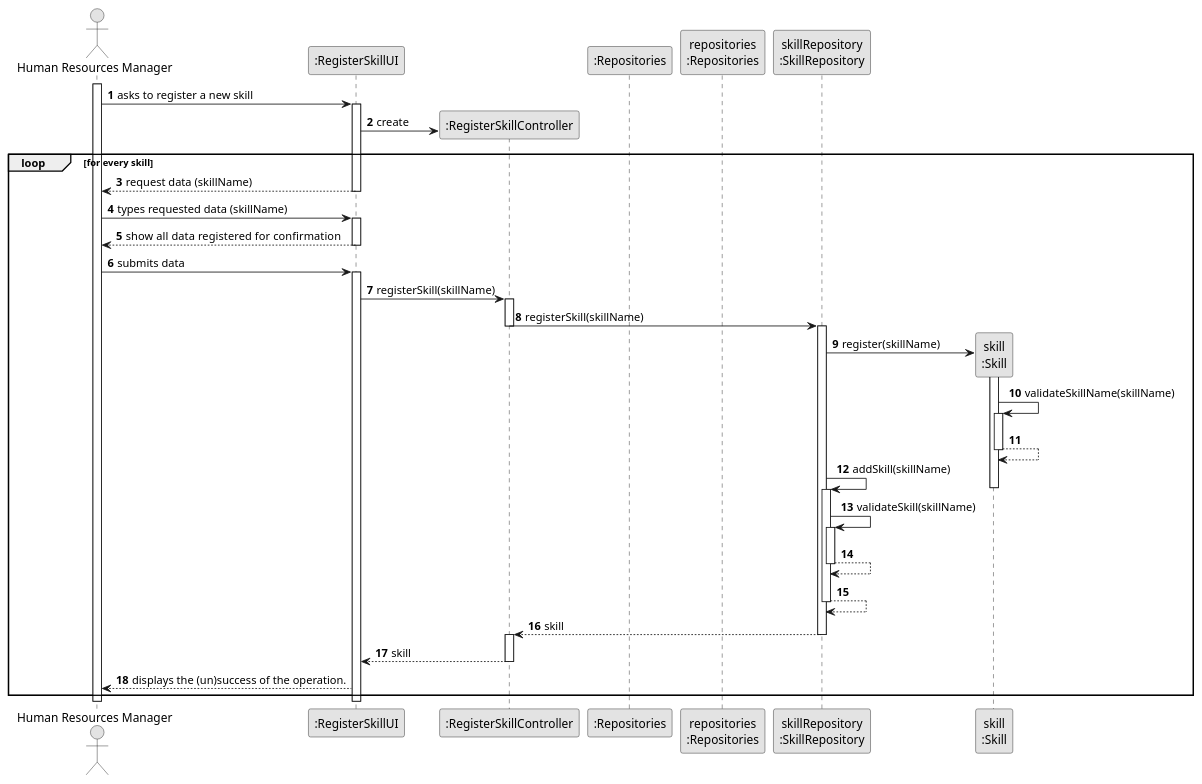
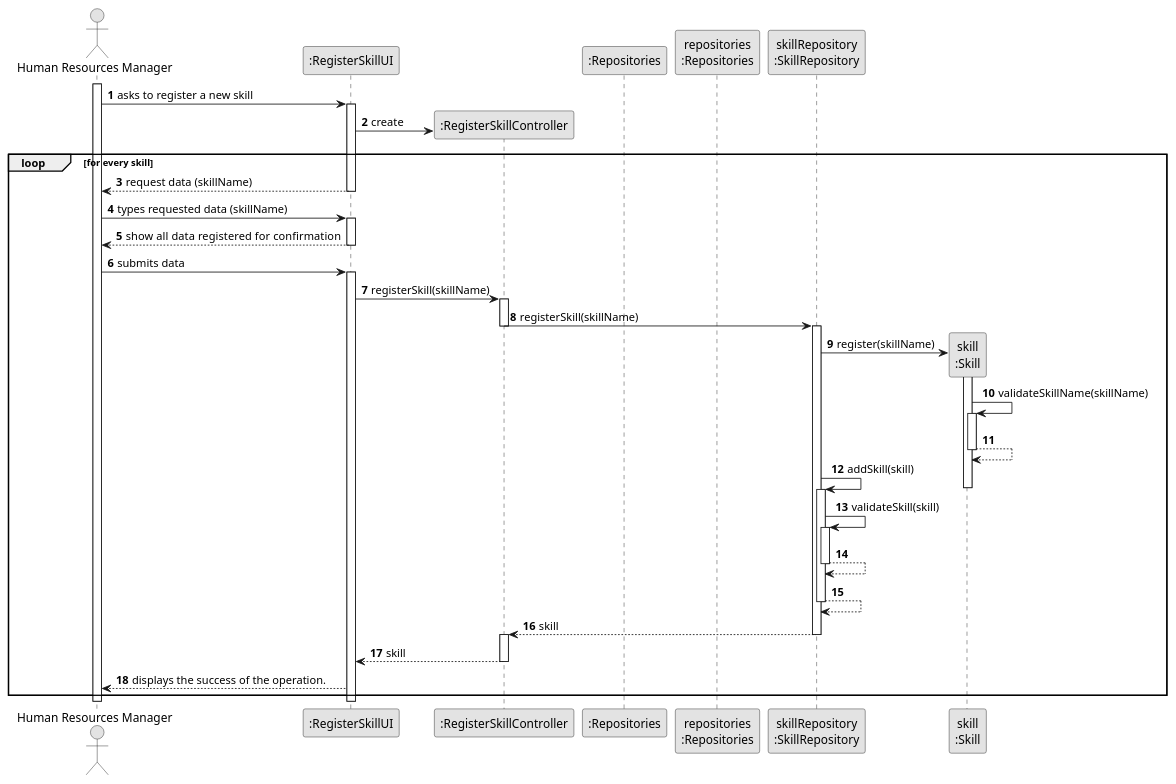
One commit to SAEmanuel/Green_Spaces_Management_ISEP changed the diagram in docs/sprintB/us001/03.design/puml/us001-sequence-diagram-full.puml. Above: the diagram before and after it, drawn with PlantUML. The commit also changed 5 other files, not shown here.

```diff
--- a/docs/sprintB/us001/03.design/puml/us001-sequence-diagram-full.puml
+++ b/docs/sprintB/us001/03.design/puml/us001-sequence-diagram-full.puml
@@ -1,115 +1,107 @@
 @startuml
 skinparam monochrome true
 skinparam packageStyle rectangle
 skinparam shadowing false
 
 autonumber
 
 'hide footbox
 actor "Human Resources Manager" as HRM
 participant ":RegisterSkillUI" as UI
 participant ":RegisterSkillController" as CTRL
 participant ":Repositories" as RepositorySingleton
 participant "repositories\n:Repositories" as PLAT
 participant "skillRepository\n:SkillRepository" as skillRepository
 participant "skill\n:Skill" as EMPREGO
 
 activate HRM
 
         HRM -> UI : asks to register a new skill
 
 
         activate UI
 
         UI -> CTRL** : create
 
 
 '            UI -> CTRL : getSkillList()
 '            activate CTRL
 '
 '                CTRL -> RepositorySingleton : getInstance()
 '                activate RepositorySingleton
 '
 '                    RepositorySingleton --> CTRL: repositories
 '                deactivate RepositorySingleton
 '
 '                CTRL -> PLAT : getSkillRepository()
 '                activate PLAT
 '
 '                    PLAT --> CTRL: skillListRepository
 '                deactivate PLAT
 '
 '                CTRL -> skillRepository : getSkillList()
 '                activate skillRepository
 '
 '                    skillRepository --> CTRL : skillList
 '                deactivate skillRepository
 '
 '                CTRL --> UI : skillList
 '            deactivate CTRL
 
 '            UI --> HRM : show skill list
 loop for every skill
             UI --> HRM : request data (skillName)
         deactivate UI
 
 
     HRM -> UI : types requested data (skillName)
     activate UI
 
         UI --> HRM : show all data registered  for confirmation
         deactivate UI
 
         HRM -> UI : submits data
             activate UI
 
 
             UI -> CTRL : registerSkill(skillName)
             activate CTRL
 
 
                 CTRL -> skillRepository: registerSkill(skillName)
                 deactivate CTRL
                 activate skillRepository
 
 
 
                 skillRepository -> EMPREGO**: register(skillName)
 
                 activate EMPREGO
 
                     EMPREGO -> EMPREGO : validateSkillName(skillName)
                     activate EMPREGO
                         EMPREGO --> EMPREGO
-
-
-
-
-
-
-
-
                 deactivate EMPREGO
-                                    skillRepository -> skillRepository: addSkill(skillName)
+                                    skillRepository -> skillRepository: addSkill(skill)
                 deactivate EMPREGO
                                     activate skillRepository
-                                        skillRepository -> skillRepository: validateSkill(skillName)
+                                        skillRepository -> skillRepository: validateSkill(skill)
                                         activate skillRepository
                                             skillRepository --> skillRepository
                                         deactivate skillRepository
 
                                         skillRepository --> skillRepository
                                     deactivate skillRepository
 
                                     skillRepository --> CTRL : skill
                                     deactivate skillRepository
                                     activate CTRL
 
                 CTRL --> UI: skill
                 deactivate CTRL
-                UI --> HRM: displays the (un)success of the operation.
+                UI --> HRM: displays the success of the operation.
 end
         deactivate UI
     deactivate HRM
 
 @enduml
```
